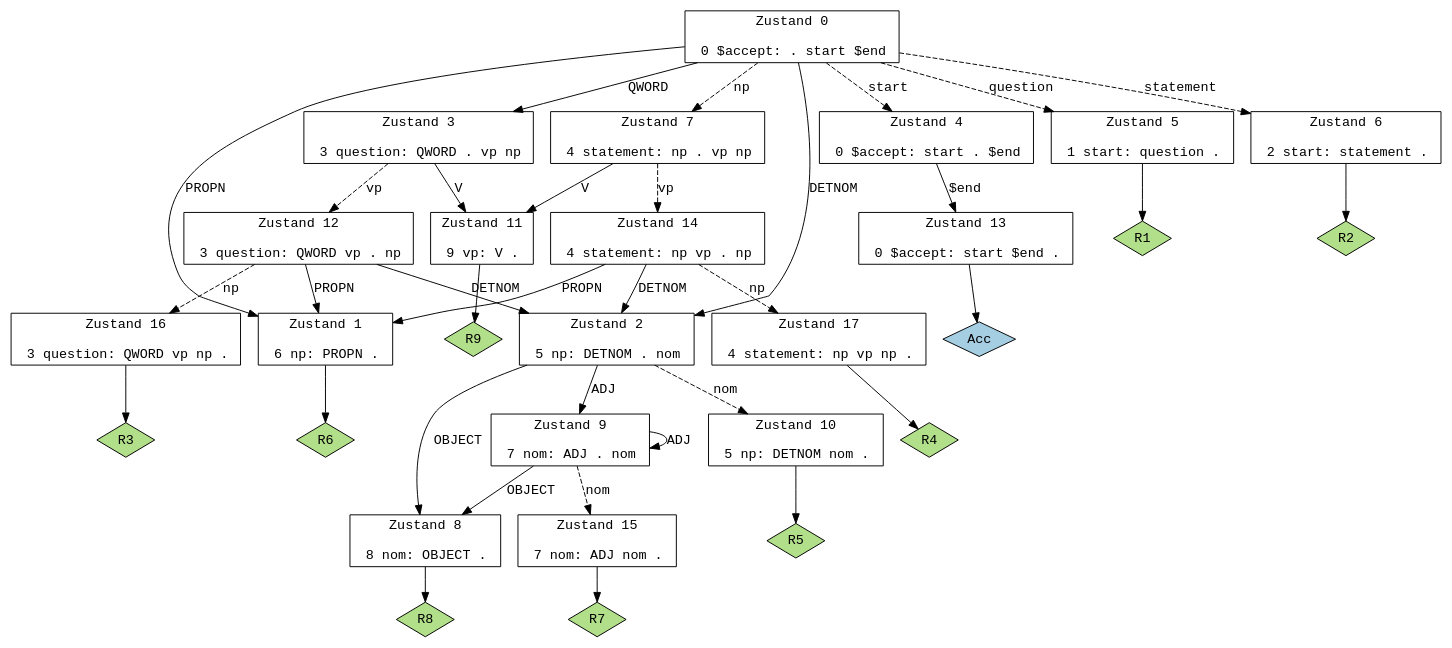
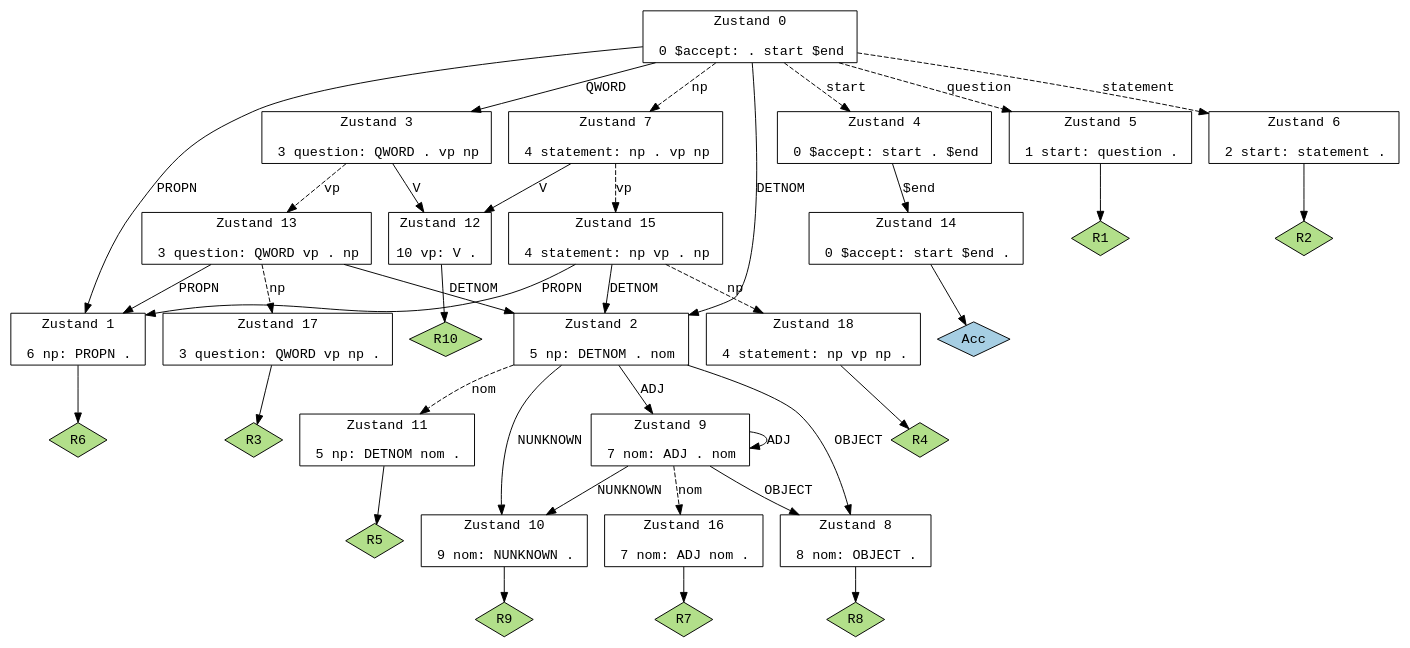
Before and after one commit to JoergStrebel/SimpleBot: the diagram in src/grammatik/exp1.dot, drawn with Graphviz. The commit also changed 26 other files, not shown here.

```diff
--- a/src/grammatik/exp1.dot
+++ b/src/grammatik/exp1.dot
@@ -1,72 +1,77 @@
 // Generiert durch GNU Bison 2.7.
 // Melden Sie Fehler an <bug-bison@gnu.org>.
 // Homepage: <http://www.gnu.org/software/bison/>.
 
 digraph "exp1.y"
 {
   node [fontname = courier, shape = box, colorscheme = paired6]
   edge [fontname = courier]
 
   0 [label="Zustand 0\n\l  0 $accept: . start $end\l"]
   0 -> 1 [style=solid label="PROPN"]
   0 -> 2 [style=solid label="DETNOM"]
   0 -> 3 [style=solid label="QWORD"]
   0 -> 4 [style=dashed label="start"]
   0 -> 5 [style=dashed label="question"]
   0 -> 6 [style=dashed label="statement"]
   0 -> 7 [style=dashed label="np"]
   1 [label="Zustand 1\n\l  6 np: PROPN .\l"]
   1 -> "1R6" [style=solid]
  "1R6" [label="R6", fillcolor=3, shape=diamond, style=filled]
   2 [label="Zustand 2\n\l  5 np: DETNOM . nom\l"]
   2 -> 8 [style=solid label="OBJECT"]
   2 -> 9 [style=solid label="ADJ"]
-  2 -> 10 [style=dashed label="nom"]
+  2 -> 10 [style=solid label="NUNKNOWN"]
+  2 -> 11 [style=dashed label="nom"]
   3 [label="Zustand 3\n\l  3 question: QWORD . vp np\l"]
-  3 -> 11 [style=solid label="V"]
-  3 -> 12 [style=dashed label="vp"]
+  3 -> 12 [style=solid label="V"]
+  3 -> 13 [style=dashed label="vp"]
   4 [label="Zustand 4\n\l  0 $accept: start . $end\l"]
-  4 -> 13 [style=solid label="$end"]
+  4 -> 14 [style=solid label="$end"]
   5 [label="Zustand 5\n\l  1 start: question .\l"]
   5 -> "5R1" [style=solid]
  "5R1" [label="R1", fillcolor=3, shape=diamond, style=filled]
   6 [label="Zustand 6\n\l  2 start: statement .\l"]
   6 -> "6R2" [style=solid]
  "6R2" [label="R2", fillcolor=3, shape=diamond, style=filled]
   7 [label="Zustand 7\n\l  4 statement: np . vp np\l"]
-  7 -> 11 [style=solid label="V"]
-  7 -> 14 [style=dashed label="vp"]
+  7 -> 12 [style=solid label="V"]
+  7 -> 15 [style=dashed label="vp"]
   8 [label="Zustand 8\n\l  8 nom: OBJECT .\l"]
   8 -> "8R8" [style=solid]
  "8R8" [label="R8", fillcolor=3, shape=diamond, style=filled]
   9 [label="Zustand 9\n\l  7 nom: ADJ . nom\l"]
   9 -> 8 [style=solid label="OBJECT"]
   9 -> 9 [style=solid label="ADJ"]
-  9 -> 15 [style=dashed label="nom"]
-  10 [label="Zustand 10\n\l  5 np: DETNOM nom .\l"]
-  10 -> "10R5" [style=solid]
- "10R5" [label="R5", fillcolor=3, shape=diamond, style=filled]
-  11 [label="Zustand 11\n\l  9 vp: V .\l"]
-  11 -> "11R9" [style=solid]
- "11R9" [label="R9", fillcolor=3, shape=diamond, style=filled]
-  12 [label="Zustand 12\n\l  3 question: QWORD vp . np\l"]
-  12 -> 1 [style=solid label="PROPN"]
-  12 -> 2 [style=solid label="DETNOM"]
-  12 -> 16 [style=dashed label="np"]
-  13 [label="Zustand 13\n\l  0 $accept: start $end .\l"]
-  13 -> "13R0" [style=solid]
- "13R0" [label="Acc", fillcolor=1, shape=diamond, style=filled]
-  14 [label="Zustand 14\n\l  4 statement: np vp . np\l"]
-  14 -> 1 [style=solid label="PROPN"]
-  14 -> 2 [style=solid label="DETNOM"]
-  14 -> 17 [style=dashed label="np"]
-  15 [label="Zustand 15\n\l  7 nom: ADJ nom .\l"]
-  15 -> "15R7" [style=solid]
- "15R7" [label="R7", fillcolor=3, shape=diamond, style=filled]
-  16 [label="Zustand 16\n\l  3 question: QWORD vp np .\l"]
-  16 -> "16R3" [style=solid]
- "16R3" [label="R3", fillcolor=3, shape=diamond, style=filled]
-  17 [label="Zustand 17\n\l  4 statement: np vp np .\l"]
-  17 -> "17R4" [style=solid]
- "17R4" [label="R4", fillcolor=3, shape=diamond, style=filled]
+  9 -> 10 [style=solid label="NUNKNOWN"]
+  9 -> 16 [style=dashed label="nom"]
+  10 [label="Zustand 10\n\l  9 nom: NUNKNOWN .\l"]
+  10 -> "10R9" [style=solid]
+ "10R9" [label="R9", fillcolor=3, shape=diamond, style=filled]
+  11 [label="Zustand 11\n\l  5 np: DETNOM nom .\l"]
+  11 -> "11R5" [style=solid]
+ "11R5" [label="R5", fillcolor=3, shape=diamond, style=filled]
+  12 [label="Zustand 12\n\l 10 vp: V .\l"]
+  12 -> "12R10" [style=solid]
+ "12R10" [label="R10", fillcolor=3, shape=diamond, style=filled]
+  13 [label="Zustand 13\n\l  3 question: QWORD vp . np\l"]
+  13 -> 1 [style=solid label="PROPN"]
+  13 -> 2 [style=solid label="DETNOM"]
+  13 -> 17 [style=dashed label="np"]
+  14 [label="Zustand 14\n\l  0 $accept: start $end .\l"]
+  14 -> "14R0" [style=solid]
+ "14R0" [label="Acc", fillcolor=1, shape=diamond, style=filled]
+  15 [label="Zustand 15\n\l  4 statement: np vp . np\l"]
+  15 -> 1 [style=solid label="PROPN"]
+  15 -> 2 [style=solid label="DETNOM"]
+  15 -> 18 [style=dashed label="np"]
+  16 [label="Zustand 16\n\l  7 nom: ADJ nom .\l"]
+  16 -> "16R7" [style=solid]
+ "16R7" [label="R7", fillcolor=3, shape=diamond, style=filled]
+  17 [label="Zustand 17\n\l  3 question: QWORD vp np .\l"]
+  17 -> "17R3" [style=solid]
+ "17R3" [label="R3", fillcolor=3, shape=diamond, style=filled]
+  18 [label="Zustand 18\n\l  4 statement: np vp np .\l"]
+  18 -> "18R4" [style=solid]
+ "18R4" [label="R4", fillcolor=3, shape=diamond, style=filled]
 }
```
